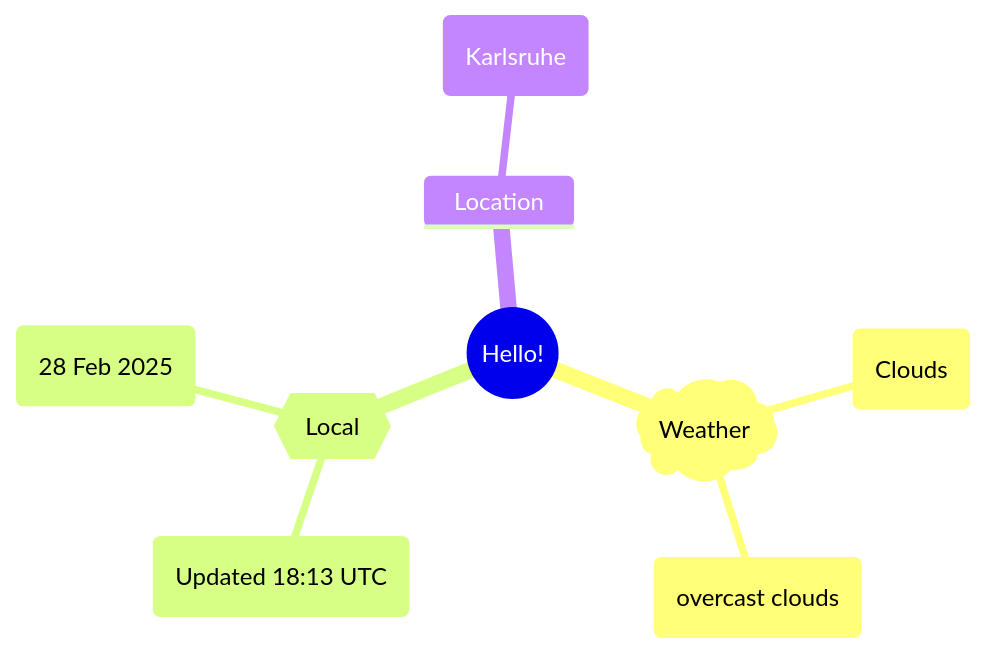
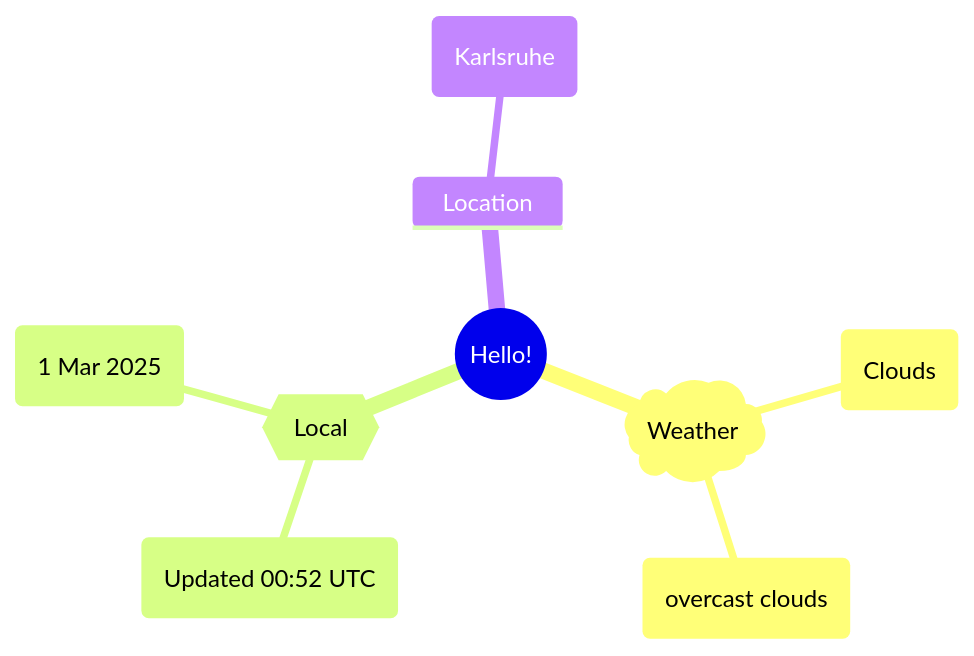
Before and after one commit to Xosrov/Xosrov: the first of 2 diagrams in README.md, drawn with Mermaid.

Commit message:
[bot] updated images

````diff
--- a/README.md
+++ b/README.md
@@ -3,12 +3,12 @@
 ```mermaid
 mindmap
   root((Hello!))
     )Weather(
         (Clouds)
         (overcast clouds)
     {{Local}}
-        (Updated 18:13 UTC)
-        (28 Feb 2025)
+        (Updated 00:52 UTC)
+        (1 Mar 2025)
     Location
         (Karlsruhe)
 ```
````
